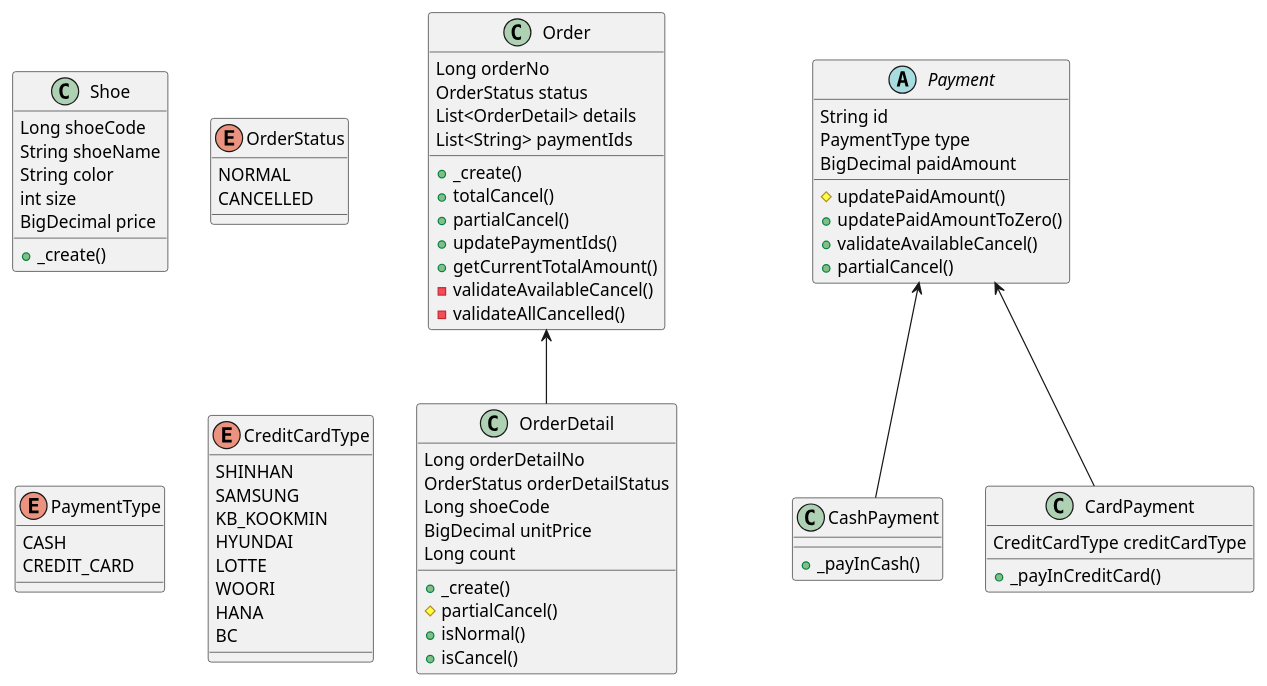
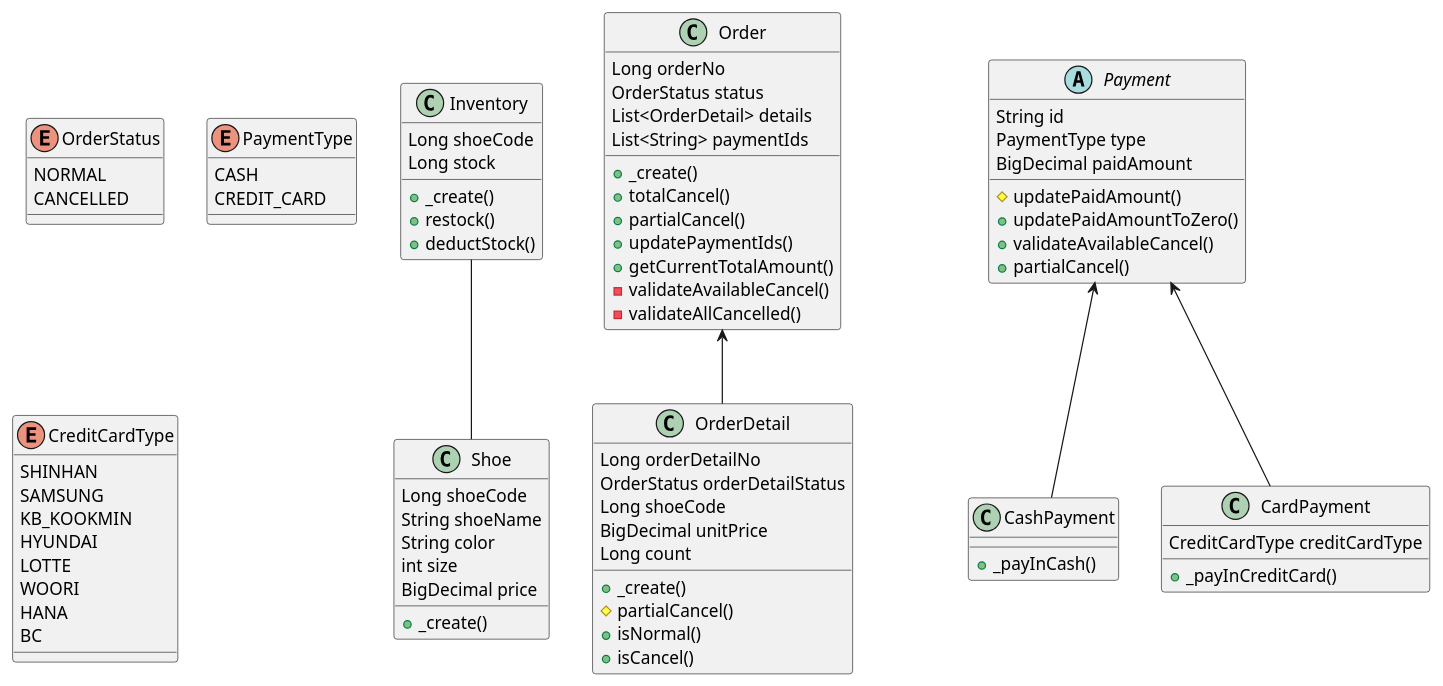
One commit to ABC-Mart-Owners-club/namjoon-shoe-store changed the diagram in docs/DomainStructure.puml. Above: the diagram before and after it, drawn with PlantUML. The commit also changed 1 other file, not shown here.

Commit message:
Feature : [#5] update domain structure for inventory

```diff
--- a/docs/DomainStructure.puml
+++ b/docs/DomainStructure.puml
@@ -1,83 +1,91 @@
 @startuml
 
 class Shoe {
 Long shoeCode
 String shoeName
 String color
 int size
 BigDecimal price
 + _create()
 }
 
 enum OrderStatus {
 NORMAL
 CANCELLED
 }
 
 class Order {
 Long orderNo
 OrderStatus status
 List<OrderDetail> details
 List<String> paymentIds
 + _create()
 + totalCancel()
 + partialCancel()
 + updatePaymentIds()
 + getCurrentTotalAmount()
 - validateAvailableCancel()
 - validateAllCancelled()
 }
 
 class OrderDetail {
 Long orderDetailNo
 OrderStatus orderDetailStatus
 Long shoeCode
 BigDecimal unitPrice
 Long count
 + _create()
 # partialCancel()
 + isNormal()
 + isCancel()
 }
 
+enum PaymentType {
+CASH
+CREDIT_CARD
+}
+
+enum CreditCardType {
+SHINHAN
+SAMSUNG
+KB_KOOKMIN
+HYUNDAI
+LOTTE
+WOORI
+HANA
+BC
+}
+
 abstract class Payment {
 String id
 PaymentType type
 BigDecimal paidAmount
 # updatePaidAmount()
 + updatePaidAmountToZero()
 + validateAvailableCancel()
 + partialCancel()
 }
 
 class CashPayment {
 + _payInCash()
 }
 
 class CardPayment {
 CreditCardType creditCardType
 + _payInCreditCard()
 }
 
-enum PaymentType {
-CASH
-CREDIT_CARD
+class Inventory {
+Long shoeCode
+Long stock
++ _create()
++ restock()
++ deductStock()
 }
-
-enum CreditCardType {
-SHINHAN
-SAMSUNG
-KB_KOOKMIN
-HYUNDAI
-LOTTE
-WOORI
-HANA
-BC
-}
-
 
 Order <-- OrderDetail
 Payment <-- CashPayment
 Payment <-- CardPayment
+Inventory -- Shoe
 
 @enduml
```
